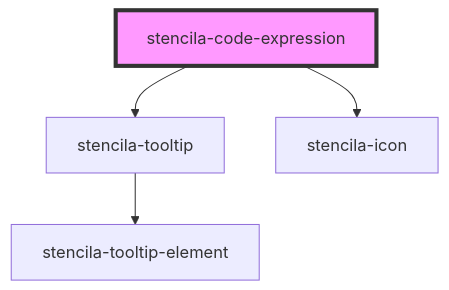
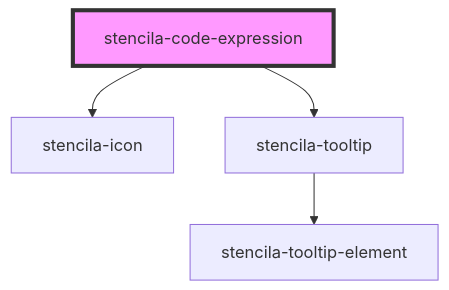
One commit to stencila/designa changed the diagram in packages/components/src/components/codeExpression/readme.md. Above: the diagram before and after it, drawn with Mermaid. The commit also changed other lines of this file and 11 other files, not shown here.

First line of the commit message:
fix(CodeExpression): Fix hover state issues when reflowing with text

````diff
--- a/packages/components/src/components/codeExpression/readme.md
+++ b/packages/components/src/components/codeExpression/readme.md
@@ -14,7 +34,7 @@
 ```mermaid
 graph TD;
+  stencila-code-expression --> stencila-icon
   stencila-code-expression --> stencila-tooltip
-  stencila-code-expression --> stencila-icon
   stencila-tooltip --> stencila-tooltip-element
   style stencila-code-expression fill:#f9f,stroke:#333,stroke-width:4px
 ```
````
